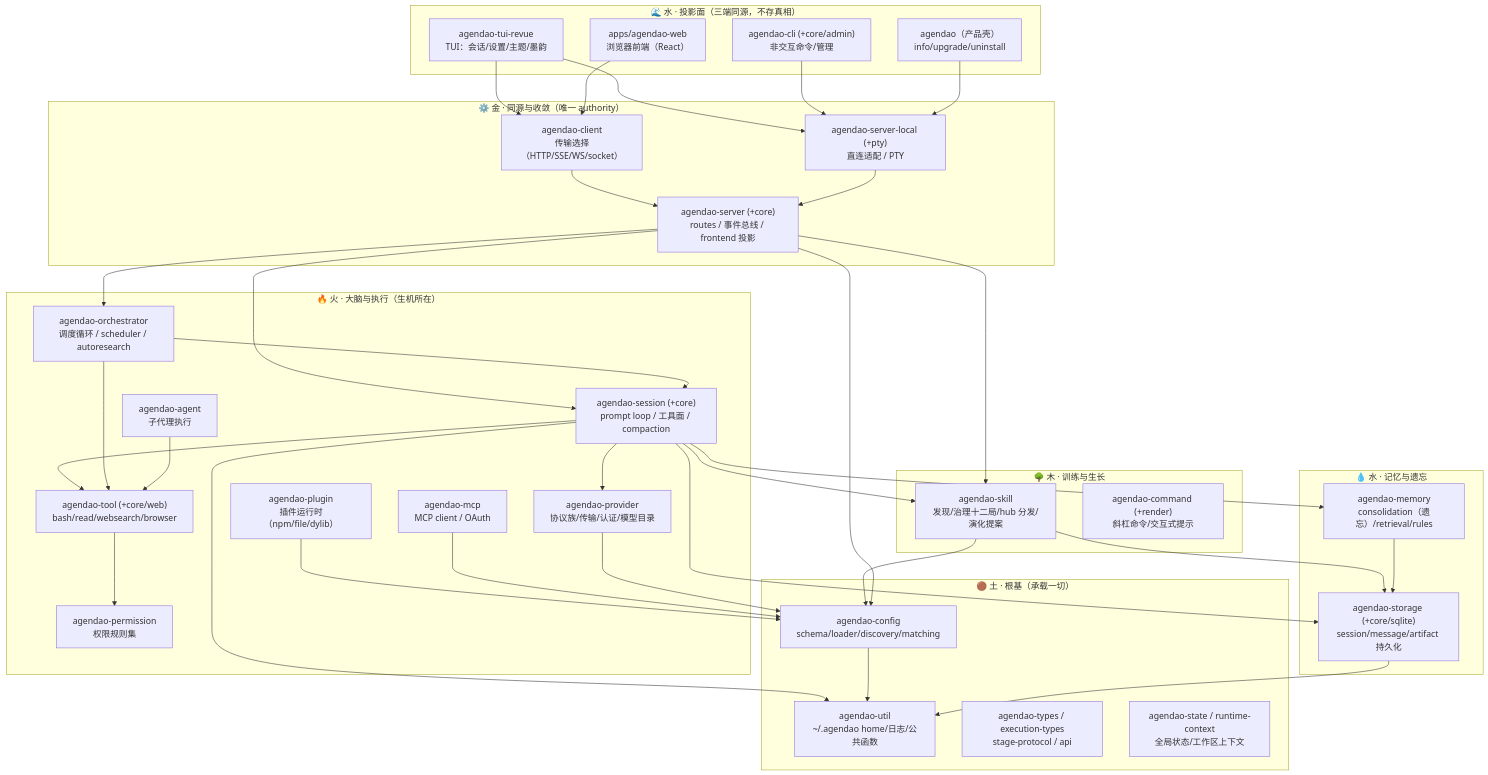
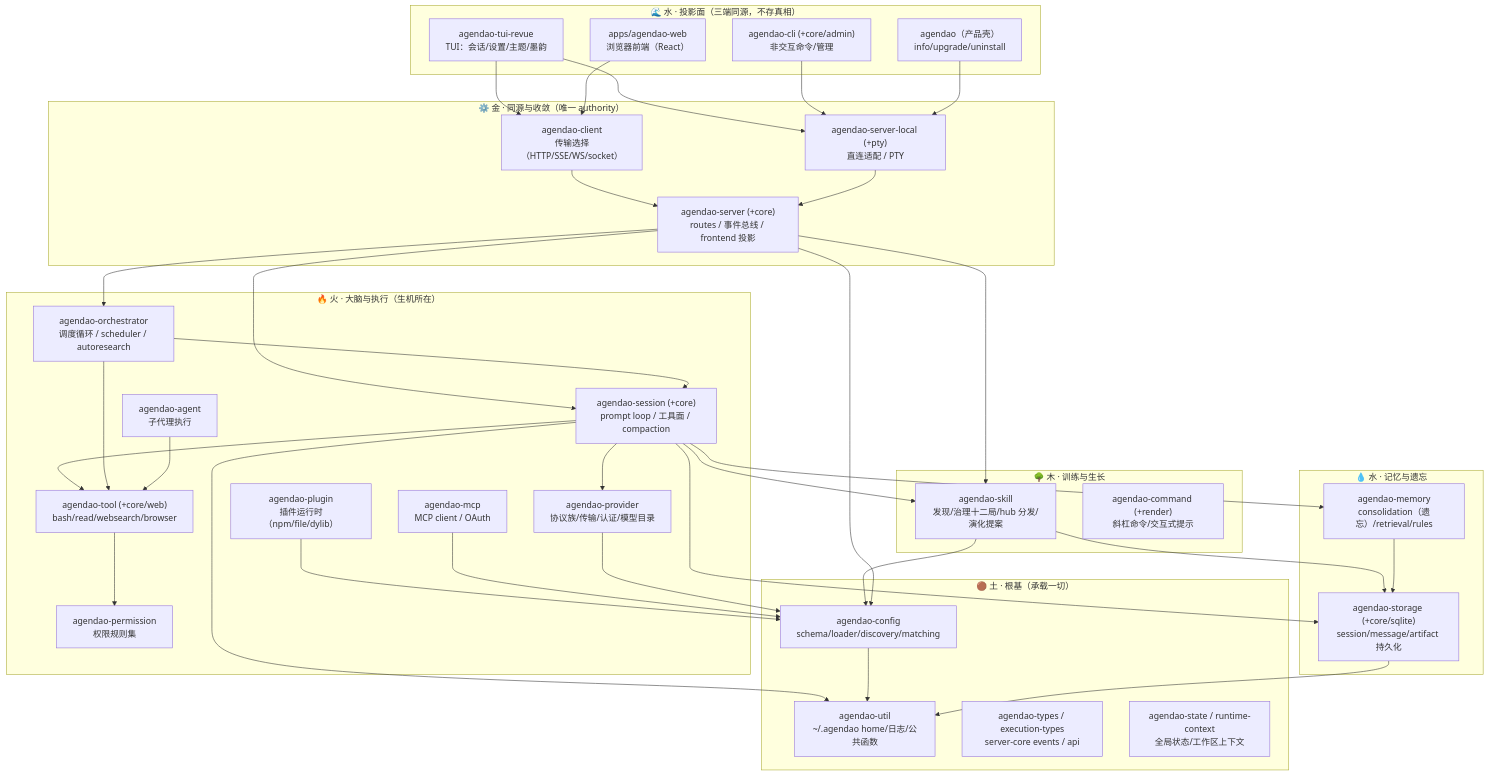
The first of 2 diagrams in docs/architecture.md (biocheming/agendao), drawn with Mermaid before and after one commit. The commit also changed other lines of this file and 713 other files, not shown here.

````diff
--- a/docs/architecture.md
+++ b/docs/architecture.md
@@ -8,76 +8,76 @@
 ```mermaid
 graph TB
     subgraph 投影面["🌊 水 · 投影面（三端同源，不存真相）"]
         TUI["agendao-tui-revue<br/>TUI：会话/设置/主题/墨韵"]
         WEB["apps/agendao-web<br/>浏览器前端（React）"]
         CLI["agendao-cli (+core/admin)<br/>非交互命令/管理"]
         SHELL["agendao（产品壳）<br/>info/upgrade/uninstall"]
     end
 
     subgraph 收敛["⚙️ 金 · 同源与收敛（唯一 authority）"]
         SERVER["agendao-server (+core)<br/>routes / 事件总线 / frontend 投影"]
         LOCAL["agendao-server-local (+pty)<br/>直连适配 / PTY"]
         CLIENT["agendao-client<br/>传输选择（HTTP/SSE/WS/socket）"]
     end
 
     subgraph 大脑["🔥 火 · 大脑与执行（生机所在）"]
         PROVIDER["agendao-provider<br/>协议族/传输/认证/模型目录"]
         SESSION["agendao-session (+core)<br/>prompt loop / 工具面 / compaction"]
         ORCH["agendao-orchestrator<br/>调度循环 / scheduler / autoresearch"]
         TOOLS["agendao-tool (+core/web)<br/>bash/read/websearch/browser"]
         MCP["agendao-mcp<br/>MCP client / OAuth"]
         AGENT["agendao-agent<br/>子代理执行"]
         PLUGIN["agendao-plugin<br/>插件运行时（npm/file/dylib）"]
         PERM["agendao-permission<br/>权限规则集"]
     end
 
     subgraph 生长["🌳 木 · 训练与生长"]
         SKILL["agendao-skill<br/>发现/治理十二局/hub 分发/演化提案"]
         CMD["agendao-command (+render)<br/>斜杠命令/交互式提示"]
     end
 
     subgraph 记忆["💧 水 · 记忆与遗忘"]
         MEM["agendao-memory<br/>consolidation（遗忘）/retrieval/rules"]
         STORE["agendao-storage (+core/sqlite)<br/>session/message/artifact 持久化"]
     end
 
     subgraph 根基["🟤 土 · 根基（承载一切）"]
         UTIL["agendao-util<br/>~/.agendao home/日志/公共函数"]
         CONFIG["agendao-config<br/>schema/loader/discovery/matching"]
-        TYPES["agendao-types / execution-types<br/>stage-protocol / api"]
+        TYPES["agendao-types / execution-types<br/>server-core events / api"]
         STATE["agendao-state / runtime-context<br/>全局状态/工作区上下文"]
     end
 
     TUI --> CLIENT
     TUI --> LOCAL
     WEB --> CLIENT
     CLI --> LOCAL
     SHELL --> LOCAL
     CLIENT --> SERVER
     LOCAL --> SERVER
 
     SERVER --> SESSION
     SERVER --> ORCH
     SERVER --> SKILL
     SESSION --> PROVIDER
     SESSION --> TOOLS
     SESSION --> SKILL
     ORCH --> SESSION
     ORCH --> TOOLS
     TOOLS --> PERM
     AGENT --> TOOLS
     PLUGIN --> CONFIG
     MCP --> CONFIG
 
     SKILL --> CONFIG
     SKILL --> STORE
     MEM --> STORE
     SESSION --> MEM
     SESSION --> STORE
 
     PROVIDER --> CONFIG
     SERVER --> CONFIG
     SESSION --> UTIL
     CONFIG --> UTIL
     STORE --> UTIL
 ```
````
